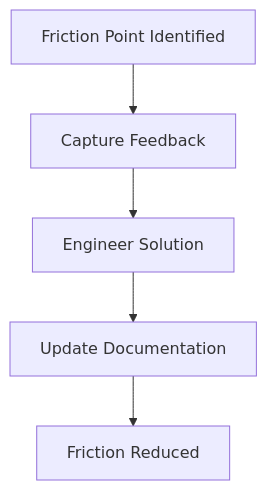
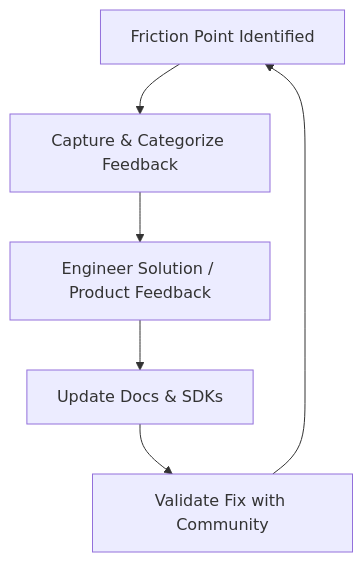
Before and after one commit to vaishvanara/techwritingkb: the diagram in docs/industry-terms/developer-relations.md, drawn with Mermaid. The commit also changed other lines of this file and 51 other files, not shown here.

````diff
--- a/docs/industry-terms/developer-relations.md
+++ b/docs/industry-terms/developer-relations.md
@@ -46,7 +48,8 @@
 ```mermaid
 graph TD
-    A[Friction Point Identified] --> B[Capture Feedback]
-    B --> C[Engineer Solution]
-    C --> D[Update Documentation]
-    D --> E[Friction Reduced]
+    A[Friction Point Identified] --> B[Capture & Categorize Feedback]
+    B --> C[Engineer Solution / Product Feedback]
+    C --> D[Update Docs & SDKs]
+    D --> E[Validate Fix with Community]
+    E --> A
 ```
````
